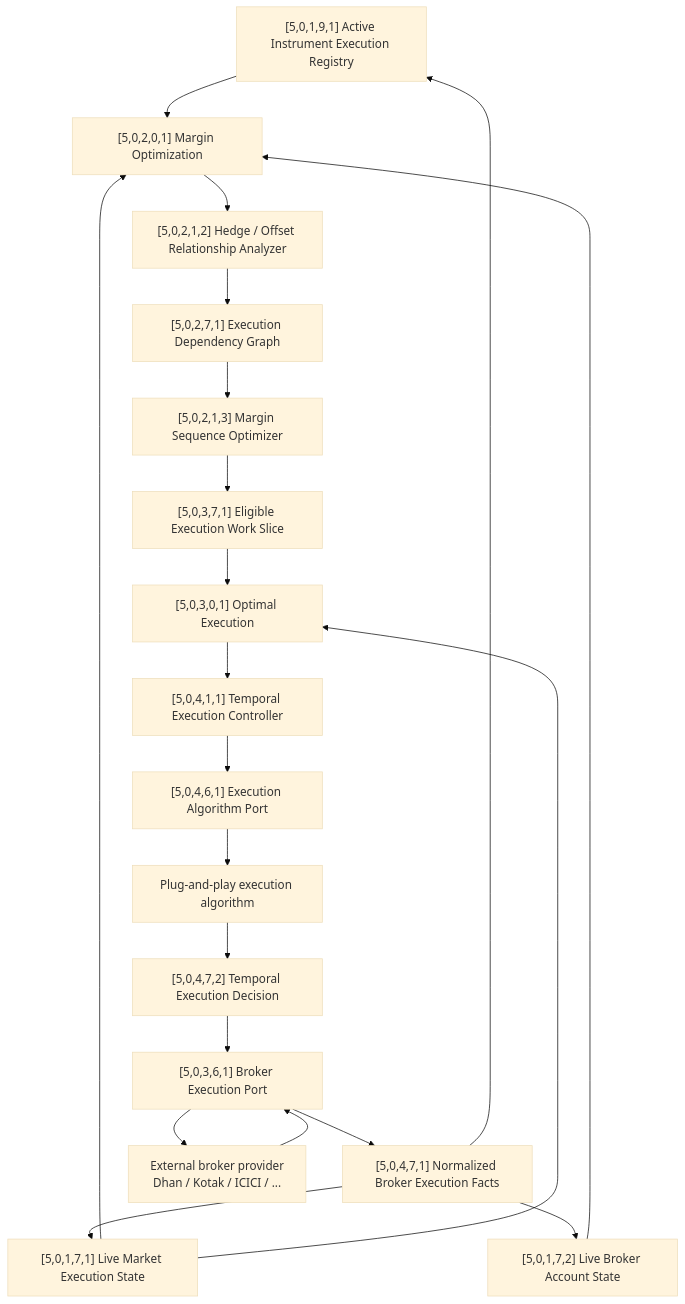
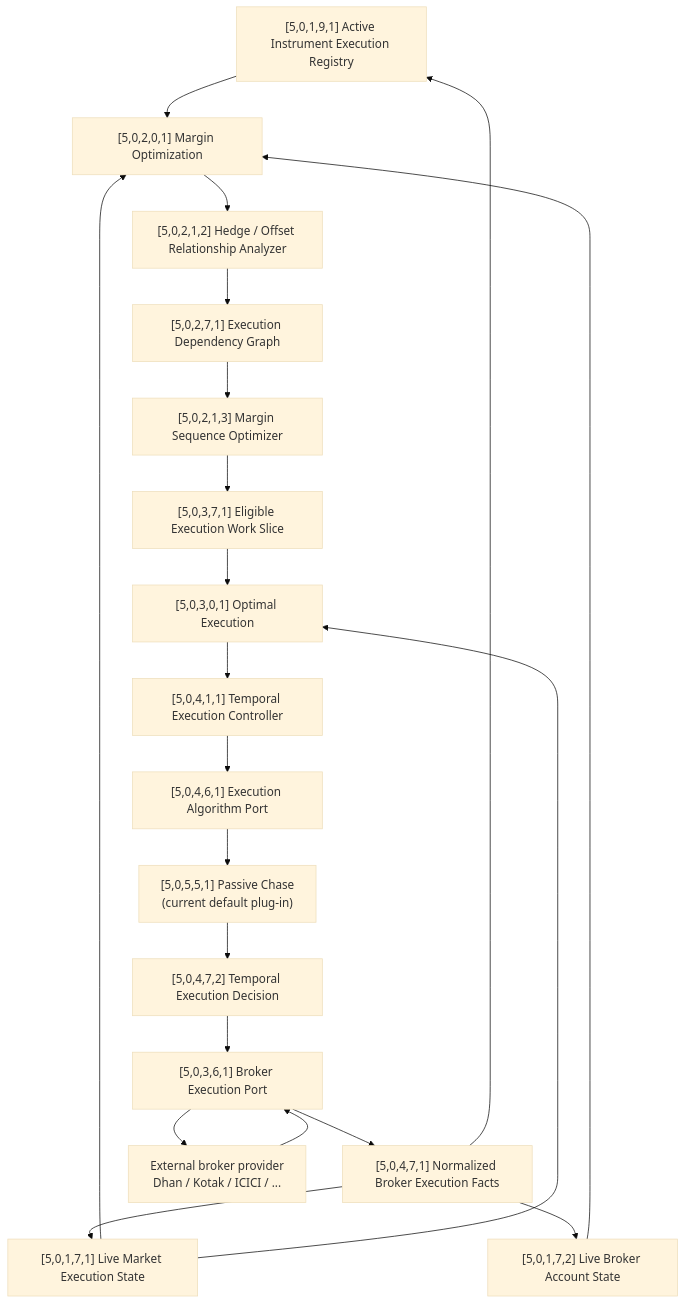
One commit to ayyararyan/volarb changed the diagram in docs/workflows/internal-execution.md. Above: the diagram before and after it, drawn with Mermaid (base theme). The commit also changed other lines of this file, not shown here.

Commit message:
Set Passive Chase as default Optimal Execution algorithm

```diff
--- a/docs/workflows/internal-execution.md
+++ b/docs/workflows/internal-execution.md
@@ -14,38 +14,38 @@
 ~~~mermaid
 flowchart TD
     R["[5,0,1,9,1] Active Instrument Execution Registry"]
     M["[5,0,1,7,1] Live Market Execution State"]
     A["[5,0,1,7,2] Live Broker Account State"]
 
     MO["[5,0,2,0,1] Margin Optimization"]
     H["[5,0,2,1,2] Hedge / Offset Relationship Analyzer"]
     D["[5,0,2,7,1] Execution Dependency Graph"]
     S["[5,0,2,1,3] Margin Sequence Optimizer"]
 
     W["[5,0,3,7,1] Eligible Execution Work Slice"]
 
     OE["[5,0,3,0,1] Optimal Execution"]
     C["[5,0,4,1,1] Temporal Execution Controller"]
     P["[5,0,4,6,1] Execution Algorithm Port"]
-    X["Plug-and-play execution algorithm"]
+    X["[5,0,5,5,1] Passive Chase\n(current default plug-in)"]
     O["[5,0,4,7,2] Temporal Execution Decision"]
 
     B["[5,0,3,6,1] Broker Execution Port"]
     F["[5,0,4,7,1] Normalized Broker Execution Facts"]
     E["External broker provider\nDhan / Kotak / ICICI / ..."]
 
     R --> MO
     M --> MO
     A --> MO
     MO --> H --> D --> S --> W
 
     W --> OE
     M --> OE
     OE --> C --> P --> X --> O --> B
     B --> E
     E --> B
     B --> F
     F --> R
     F --> M
     F --> A
 ~~~
```
